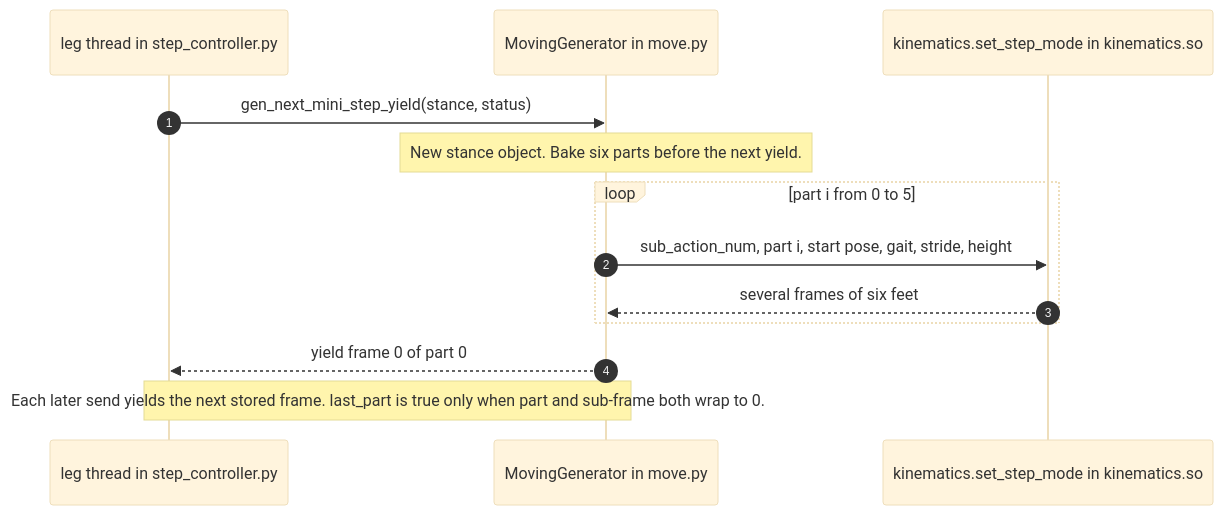
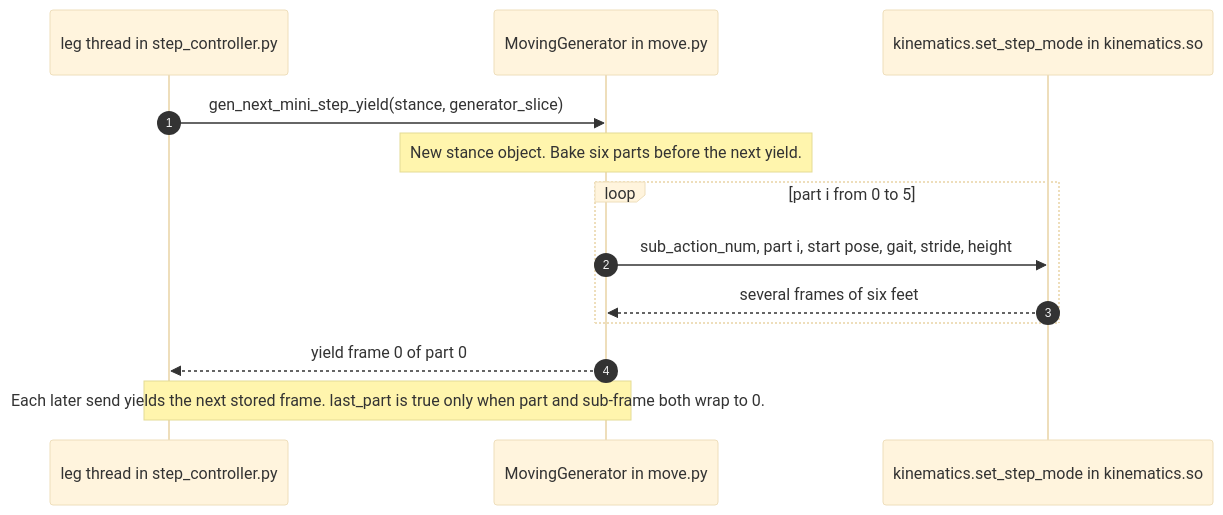
One commit to ganapetya/masha changed the fifth of 8 diagrams in ros2_ws/src/hexapod_kinematics/movement.md. Above: the diagram before and after it, drawn with Mermaid (base theme). The commit also changed other lines of this file and 9 other files, not shown here.

````diff
--- a/ros2_ws/src/hexapod_kinematics/movement.md
+++ b/ros2_ws/src/hexapod_kinematics/movement.md
@@ -248,16 +249,16 @@
 ```mermaid
 sequenceDiagram
     autonumber
     participant Legs as leg thread in step_controller.py
     participant Move as MovingGenerator in move.py
     participant So as kinematics.set_step_mode in kinematics.so
 
-    Legs->>Move: gen_next_mini_step_yield(stance, status)
+    Legs->>Move: gen_next_mini_step_yield(stance, generator_slice)
     Note over Move: New stance object. Bake six parts before the next yield.
     loop part i from 0 to 5
         Move->>So: sub_action_num, part i, start pose, gait, stride, height
         So-->>Move: several frames of six feet
     end
     Move-->>Legs: yield frame 0 of part 0
     Note over Legs,Move: Each later send yields the next stored frame. last_part is true only when part and sub-frame both wrap to 0.
 ```
````
